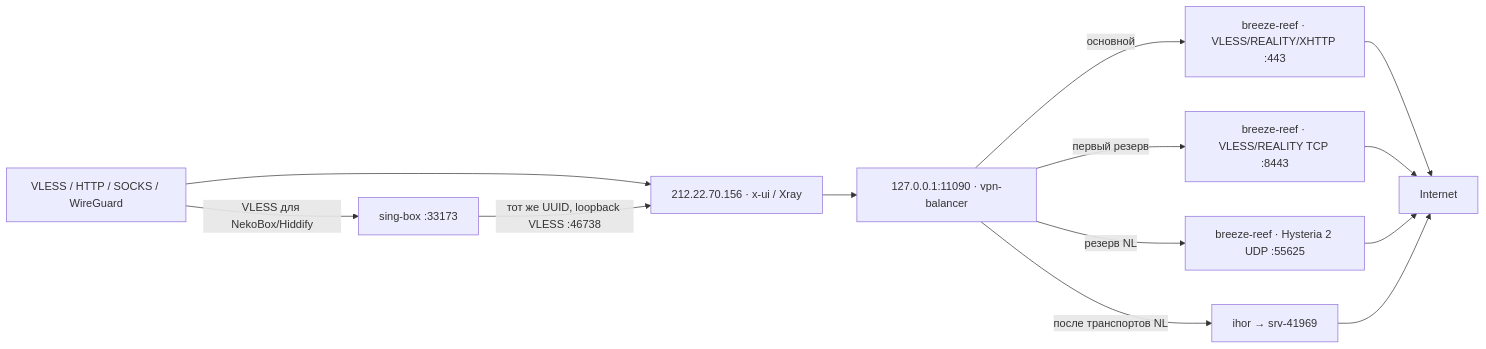
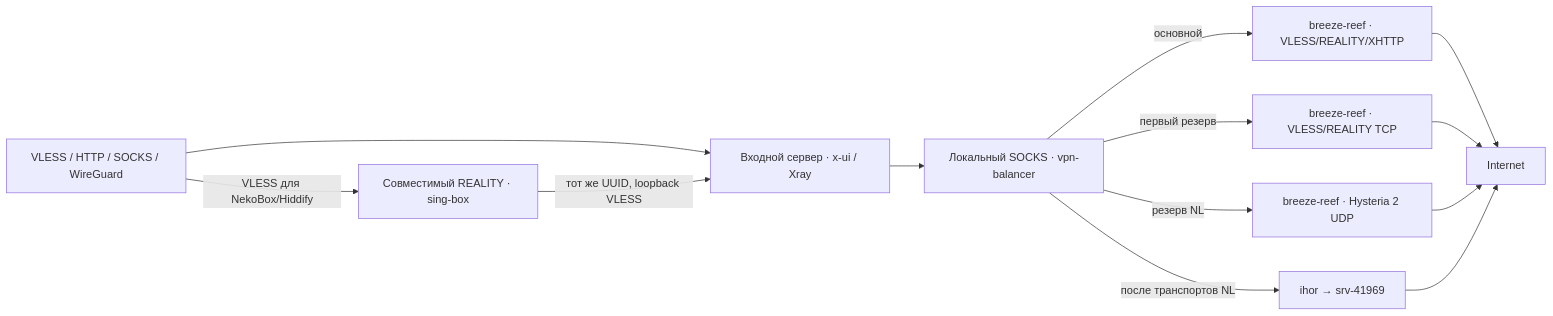
The diagram in README.md (Ja1rman/vpn), drawn with Mermaid before and after one commit. The commit also changed other lines of this file and 84 other files, not shown here.

Commit message:
Keep deployment endpoints private and fix NekoBox Auto profiles [skip ci]

````diff
--- a/README.md
+++ b/README.md
@@ -9,15 +15,15 @@
 ```mermaid
 flowchart LR
-    Client["VLESS / HTTP / SOCKS / WireGuard"] --> Entry["212.22.70.156 · x-ui / Xray"]
-    Client -->|VLESS для NekoBox/Hiddify| Android["sing-box :33173"]
-    Android -->|тот же UUID, loopback VLESS :46738| Entry
-    Entry --> Pool["127.0.0.1:11090 · vpn-balancer"]
-    Pool -->|основной| VLESS["breeze-reef · VLESS/REALITY/XHTTP :443"]
-    Pool -->|первый резерв| TCP["breeze-reef · VLESS/REALITY TCP :8443"]
-    Pool -->|резерв NL| Hysteria["breeze-reef · Hysteria 2 UDP :55625"]
+    Client["VLESS / HTTP / SOCKS / WireGuard"] --> Entry["Входной сервер · x-ui / Xray"]
+    Client -->|VLESS для NekoBox/Hiddify| Android["Совместимый REALITY · sing-box"]
+    Android -->|тот же UUID, loopback VLESS| Entry
+    Entry --> Pool["Локальный SOCKS · vpn-balancer"]
+    Pool -->|основной| VLESS["breeze-reef · VLESS/REALITY/XHTTP"]
+    Pool -->|первый резерв| TCP["breeze-reef · VLESS/REALITY TCP"]
+    Pool -->|резерв NL| Hysteria["breeze-reef · Hysteria 2 UDP"]
     VLESS --> Internet
     TCP --> Internet
     Hysteria --> Internet
     Pool -->|после транспортов NL| Next["ihor → srv-41969"]
     Next --> Internet
 ```
````
